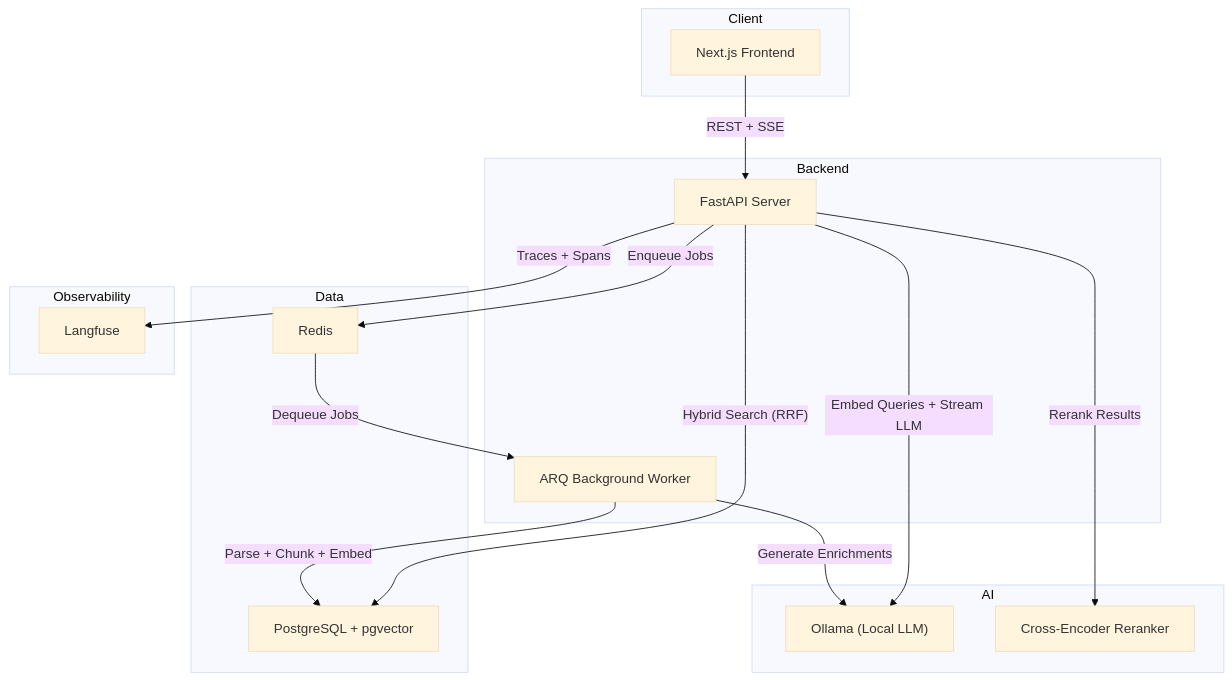
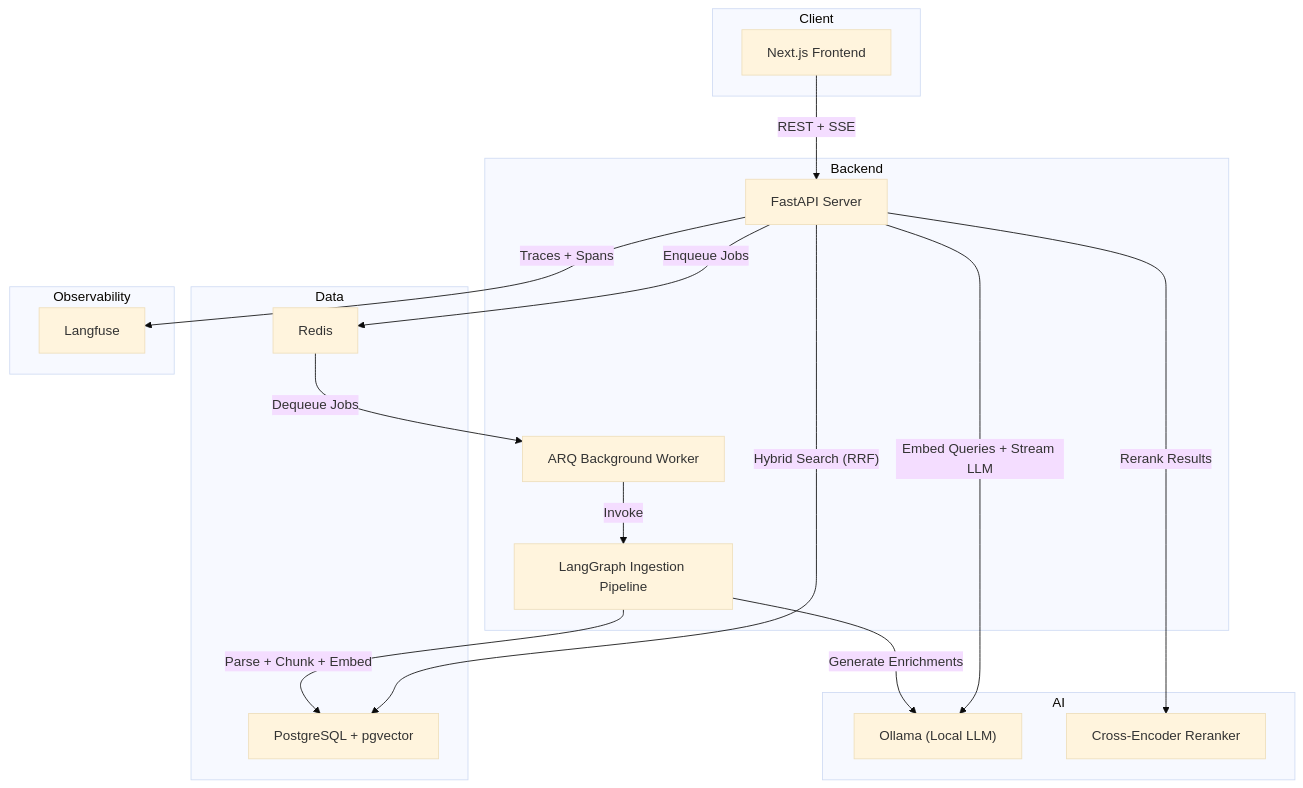
Before and after one commit to Tusharyadav21/artha: the first of 2 diagrams in README.md, drawn with Mermaid (base theme). The commit also changed 69 other files, not shown here.

Commit message:
feat: implement multimodal ingestion pipeline with vision support, add financial workspace, and refactor backend architecture with improved logging and schema migrations.

````diff
--- a/README.md
+++ b/README.md
@@ -61,35 +61,37 @@
 ```mermaid
 graph TB
     subgraph Client
         FE["Next.js Frontend"]
     end
 
     subgraph Backend
         API["FastAPI Server"]
         Worker["ARQ Background Worker"]
+        LGI["LangGraph Ingestion Pipeline"]
     end
 
     subgraph Data
         PG["PostgreSQL + pgvector"]
         Redis["Redis"]
     end
 
     subgraph AI
         Ollama["Ollama (Local LLM)"]
         Reranker["Cross-Encoder Reranker"]
     end
 
     subgraph Observability
         LF["Langfuse"]
     end
 
     FE -- "REST + SSE" --> API
     API -- "Enqueue Jobs" --> Redis
     Redis -- "Dequeue Jobs" --> Worker
-    Worker -- "Parse + Chunk + Embed" --> PG
-    Worker -- "Generate Enrichments" --> Ollama
+    Worker -- "Invoke" --> LGI
+    LGI -- "Parse + Chunk + Embed" --> PG
+    LGI -- "Generate Enrichments" --> Ollama
     API -- "Hybrid Search (RRF)" --> PG
     API -- "Embed Queries + Stream LLM" --> Ollama
     API -- "Rerank Results" --> Reranker
     API -- "Traces + Spans" --> LF
 ```
````
